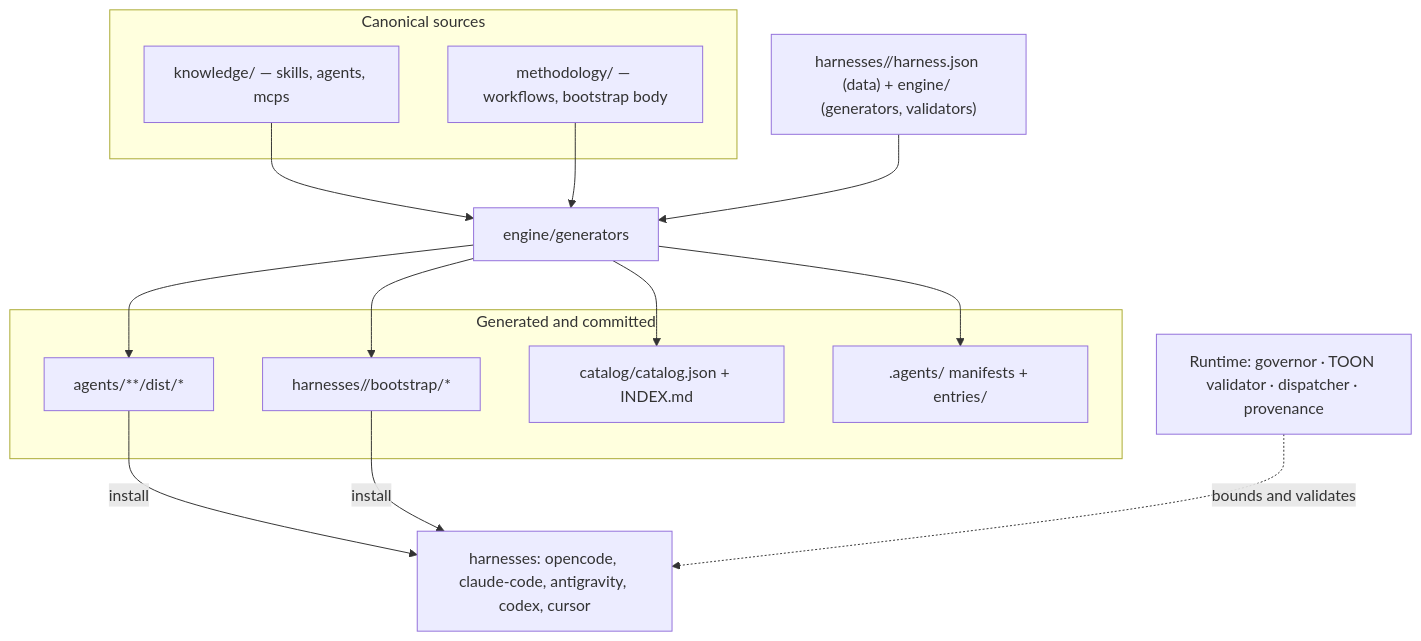
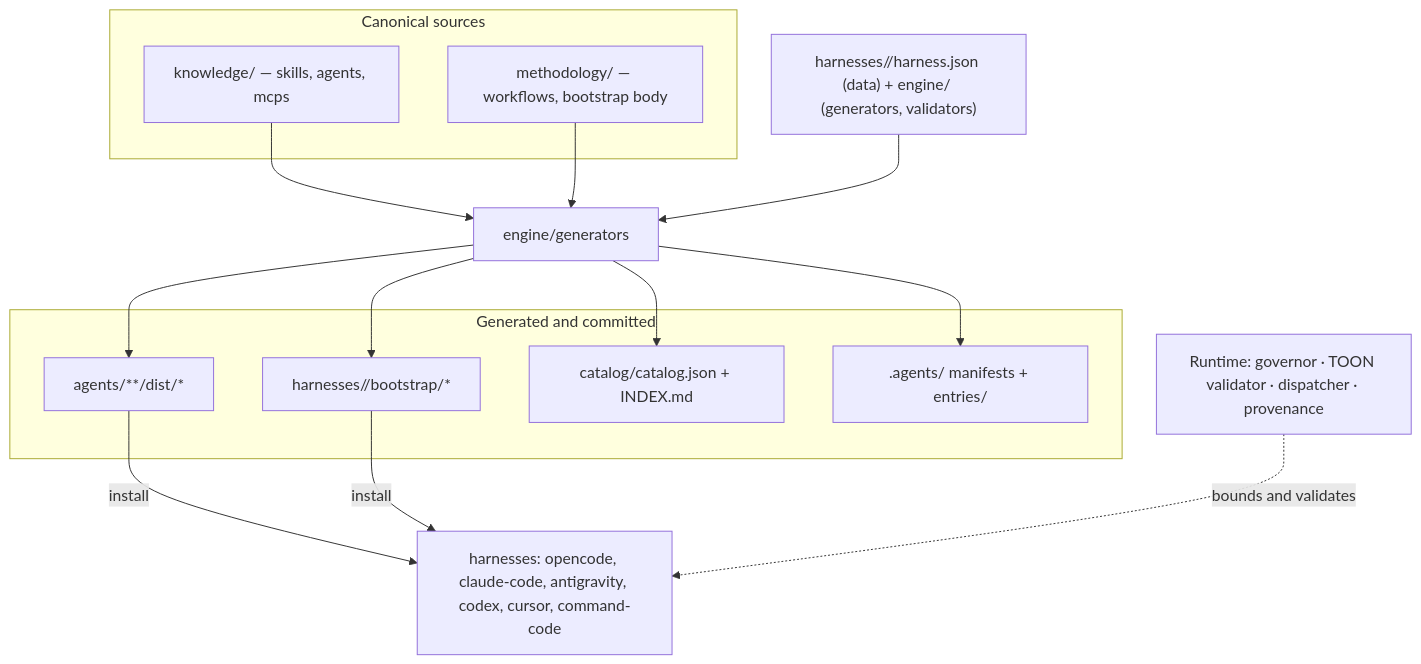
The diagram in README.md (dandgabr/Coacus), drawn with Mermaid before and after one commit. The commit also changed other lines of this file and 13 other files, not shown here.

First line of the commit message:
feat(harness): add the Command Code adapter (#36)

````diff
--- a/README.md
+++ b/README.md
@@ -84,31 +84,31 @@
 ```mermaid
 flowchart TD
   subgraph CANON["Canonical sources"]
     K["knowledge/ — skills, agents, mcps"]
     M["methodology/ — workflows, bootstrap body"]
   end
 
   ADAPT["harnesses/<h>/harness.json (data) + engine/ (generators, validators)"]
   GEN["engine/generators"]
 
   subgraph OUT["Generated and committed"]
     DIST["agents/**/dist/*"]
     BOOT["harnesses/<h>/bootstrap/*"]
     CAT["catalog/catalog.json + INDEX.md"]
     DISC[".agents/ manifests + entries/"]
   end
 
   RUN["Runtime: governor · TOON validator · dispatcher · provenance"]
-  HARN["harnesses: opencode, claude-code, antigravity, codex, cursor"]
+  HARN["harnesses: opencode, claude-code, antigravity, codex, cursor, command-code"]
 
   K --> GEN
   M --> GEN
   ADAPT --> GEN
   GEN --> DIST
   GEN --> BOOT
   GEN --> CAT
   GEN --> DISC
   DIST -->|install| HARN
   BOOT -->|install| HARN
   RUN -.->|bounds and validates| HARN
 ```
````
